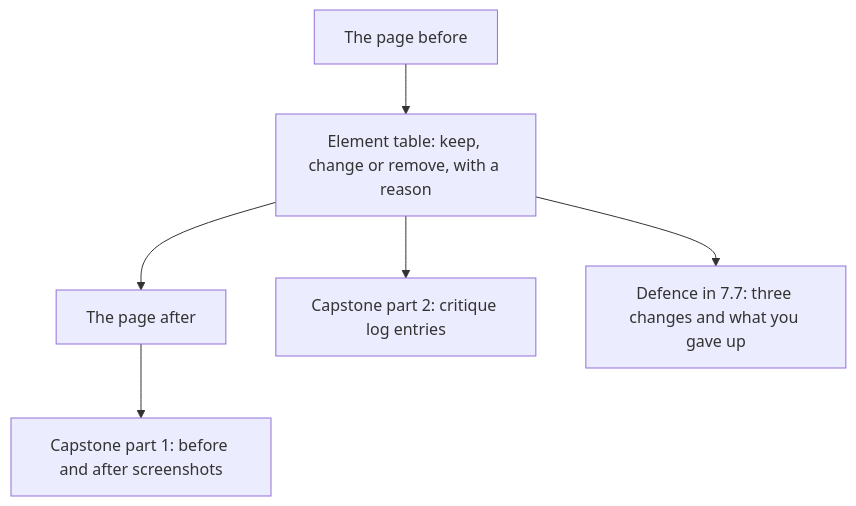
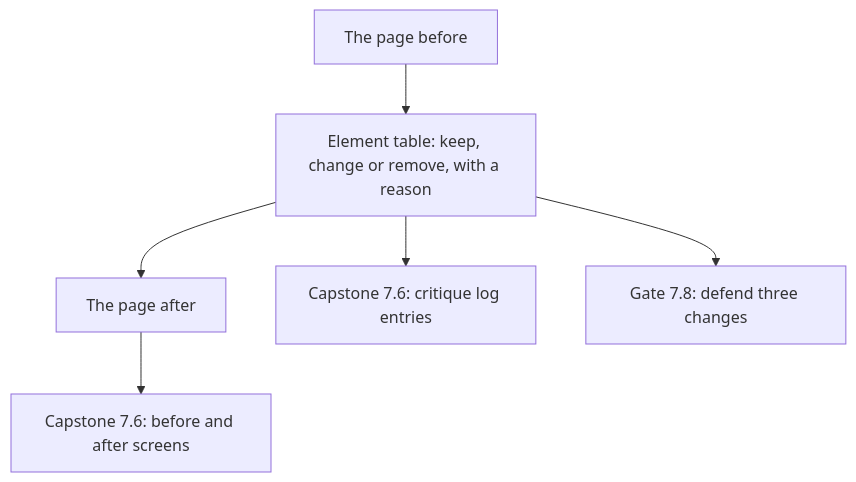
One commit to devweekends/Buildment changed the diagram in courses/product-sense/05-make-the-slop-go-away/05.05-practice-de-slop-a-page.md. Above: the diagram before and after it, drawn with Mermaid. The commit also changed other lines of this file and 23 other files, not shown here.

````diff
--- a/courses/product-sense/05-make-the-slop-go-away/05.05-practice-de-slop-a-page.md
+++ b/courses/product-sense/05-make-the-slop-go-away/05.05-practice-de-slop-a-page.md
@@ -16,8 +18,8 @@
 ```mermaid
 flowchart TD
   B["The page before"] --> T["Element table: keep, change or remove, with a reason"]
   T --> A["The page after"]
-  A --> S["Capstone part 1: before and after screenshots"]
-  T --> L["Capstone part 2: critique log entries"]
-  T --> D["Defence in 7.7: three changes and what you gave up"]
+  A --> S["Capstone 7.6: before and after screens"]
+  T --> L["Capstone 7.6: critique log entries"]
+  T --> D["Gate 7.8: defend three changes"]
 ```
````
